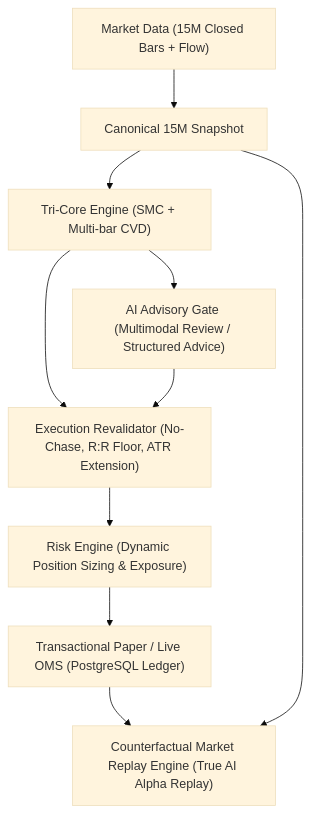
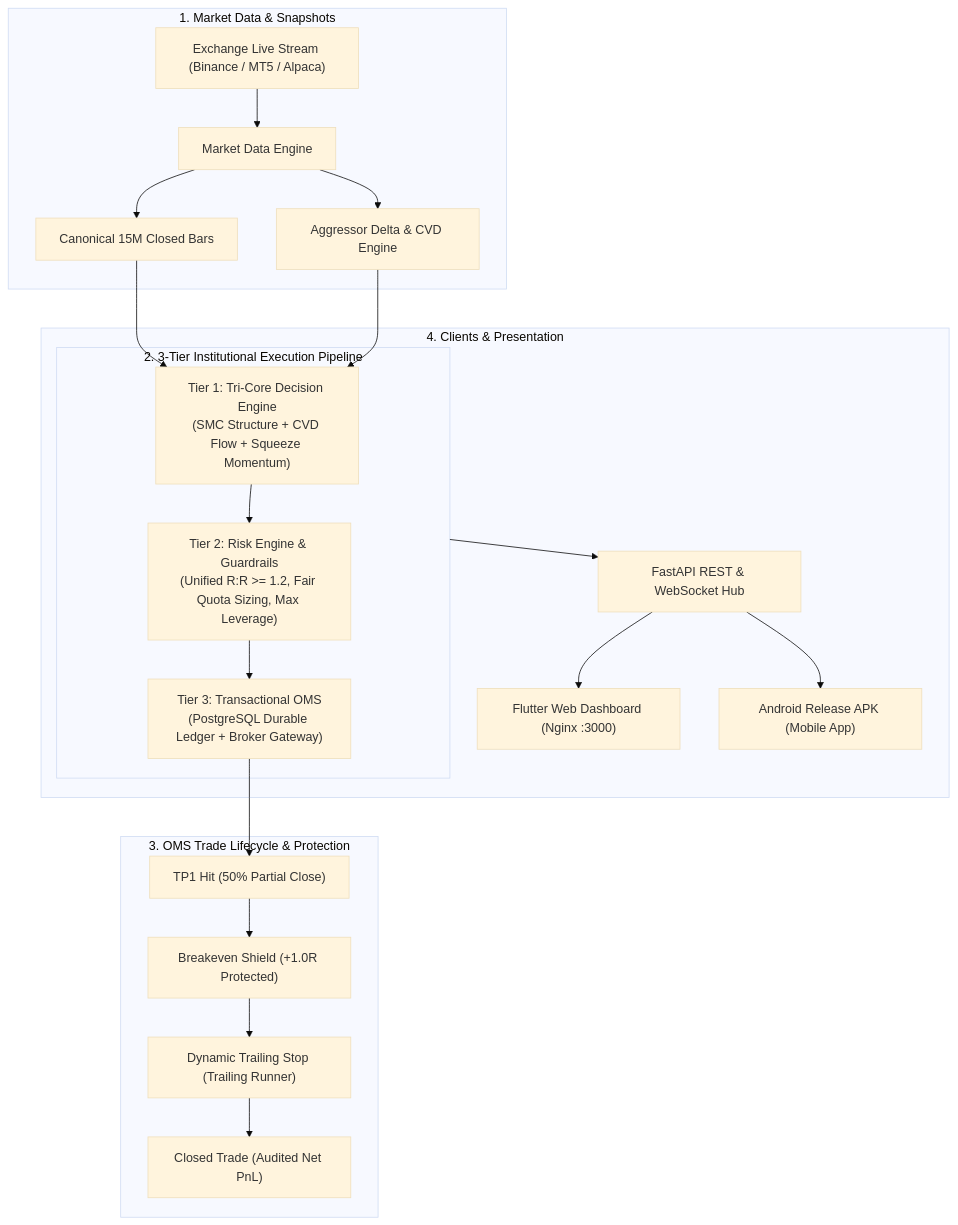
One commit to pirateszero92/ai_trade_advisor changed the first of 2 diagrams in README.md. Above: the diagram before and after it, drawn with Mermaid (base theme). The commit also changed other lines of this file, not shown here.

Commit message:
docs: update architecture, 3-tier pipeline, feature functions, and how-to guide

````diff
--- a/README.md
+++ b/README.md
@@ -12,10 +12,27 @@
 ```mermaid
 flowchart TD
-    MD["Market Data (15M Closed Bars + Flow)"] --> CS["Canonical 15M Snapshot"]
-    CS --> TC["Tri-Core Engine (SMC + Multi-bar CVD)"]
-    TC --> AI["AI Advisory Gate (Multimodal Review / Structured Advice)"]
-    TC & AI --> ER["Execution Revalidator (No-Chase, R:R Floor, ATR Extension)"]
-    ER --> RE["Risk Engine (Dynamic Position Sizing & Exposure)"]
-    RE --> OMS["Transactional Paper / Live OMS (PostgreSQL Ledger)"]
-    OMS & CS --> CR["Counterfactual Market Replay Engine (True AI Alpha Replay)"]
+    subgraph DataIngestion["1. Market Data & Snapshots"]
+        WS["Exchange Live Stream (Binance / MT5 / Alpaca)"] --> MD["Market Data Engine"]
+        MD --> CS["Canonical 15M Closed Bars"]
+        MD --> CVD["Aggressor Delta & CVD Engine"]
+    end
+
+    subgraph ThreeTierPipeline["2. 3-Tier Institutional Execution Pipeline"]
+        CS & CVD --> T1["Tier 1: Tri-Core Decision Engine\n(SMC Structure + CVD Flow + Squeeze Momentum)"]
+        T1 --> T2["Tier 2: Risk Engine & Guardrails\n(Unified R:R >= 1.2, Fair Quota Sizing, Max Leverage)"]
+        T2 --> T3["Tier 3: Transactional OMS\n(PostgreSQL Durable Ledger + Broker Gateway)"]
+    end
+
+    subgraph ProtectionAndExit["3. OMS Trade Lifecycle & Protection"]
+        T3 --> TP1["TP1 Hit (50% Partial Close)"]
+        TP1 --> BE["Breakeven Shield (+1.0R Protected)"]
+        BE --> TS["Dynamic Trailing Stop (Trailing Runner)"]
+        TS --> CL["Closed Trade (Audited Net PnL)"]
+    end
+
+    subgraph ClientDelivery["4. Clients & Presentation"]
+        ThreeTierPipeline --> API["FastAPI REST & WebSocket Hub"]
+        API --> Web["Flutter Web Dashboard (Nginx :3000)"]
+        API --> Mobile["Android Release APK (Mobile App)"]
+    end
 ```
````
